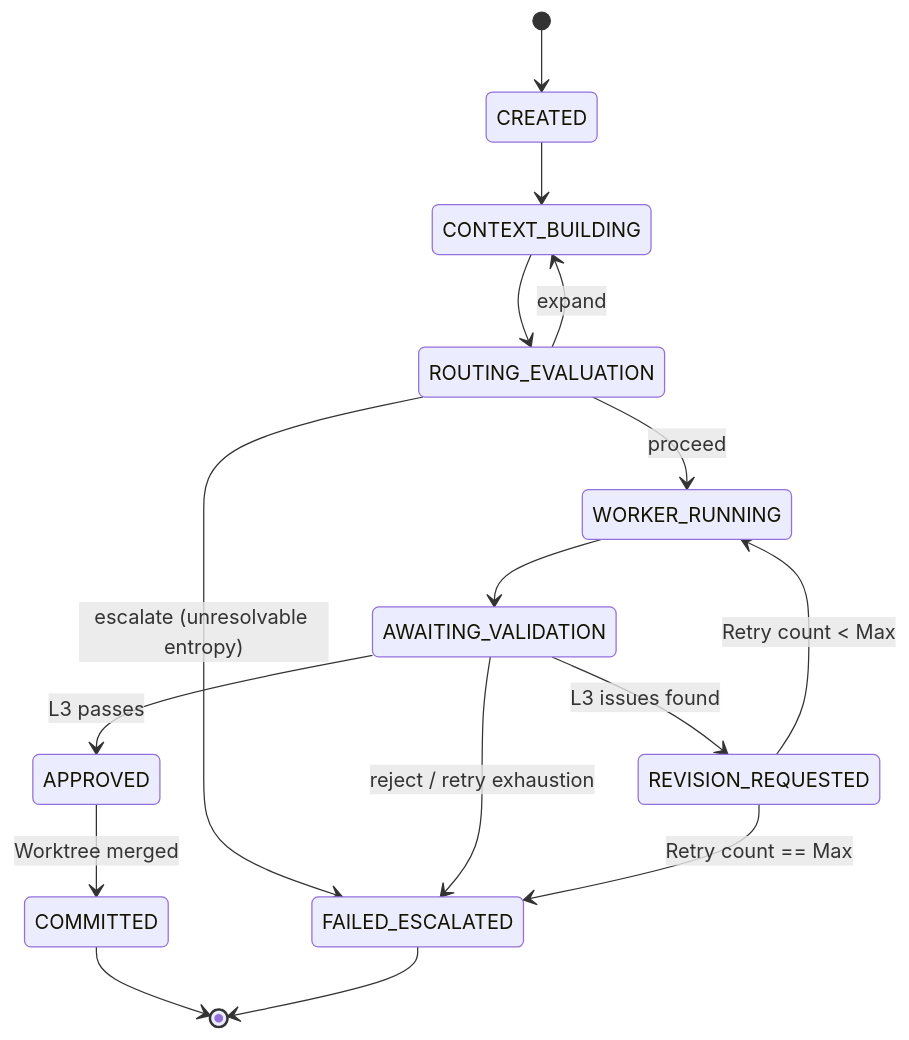
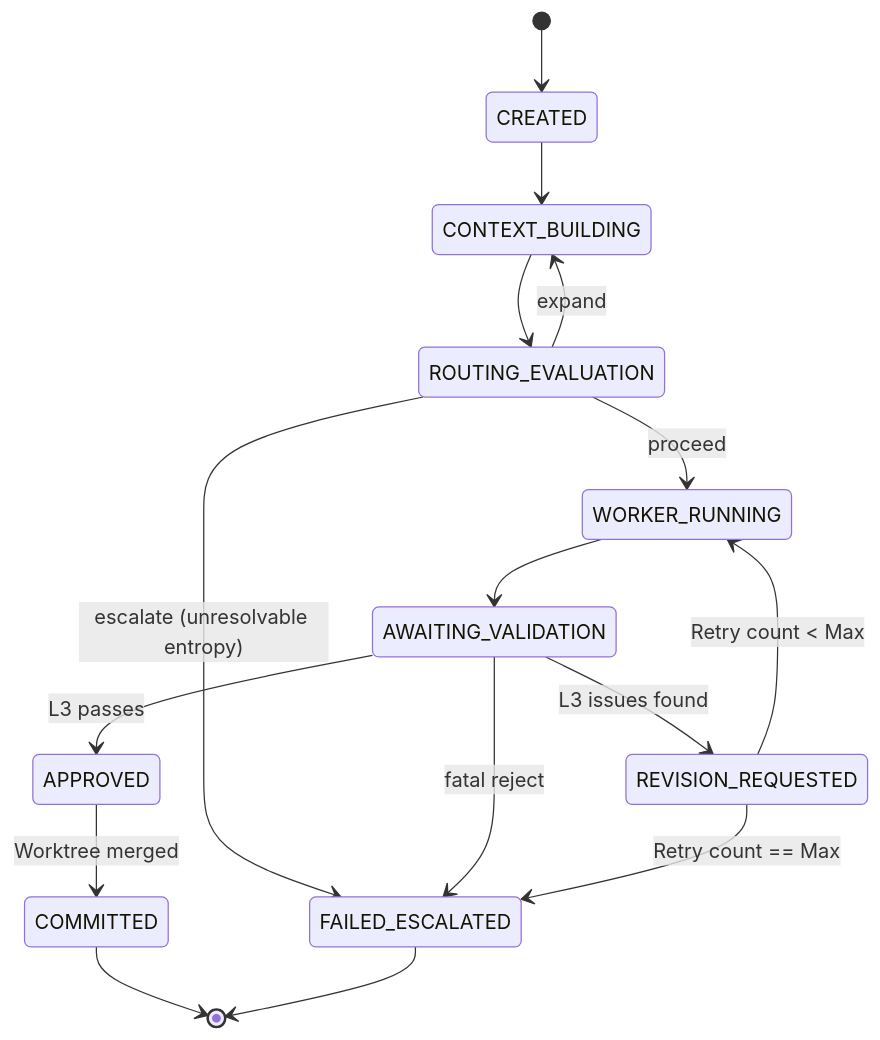
One commit to denialbb/limen changed the diagram in .agents/docs/state_machine.md. Above: the diagram before and after it, drawn with Mermaid. The commit also changed other lines of this file and 22 other files, not shown here.

First line of the commit message:
Enforce fatal validator verdicts and retry-exhaustion transitions

````diff
--- a/.agents/docs/state_machine.md
+++ b/.agents/docs/state_machine.md
@@ -9,26 +9,26 @@
 ```mermaid
 stateDiagram-v2
     [*] --> CREATED
     
     CREATED --> CONTEXT_BUILDING
     
     CONTEXT_BUILDING --> ROUTING_EVALUATION
     ROUTING_EVALUATION --> CONTEXT_BUILDING : expand
     ROUTING_EVALUATION --> FAILED_ESCALATED : escalate (unresolvable entropy)
     
     ROUTING_EVALUATION --> WORKER_RUNNING : proceed
     
     WORKER_RUNNING --> AWAITING_VALIDATION
     
     AWAITING_VALIDATION --> REVISION_REQUESTED : L3 issues found
-    AWAITING_VALIDATION --> FAILED_ESCALATED : reject / retry exhaustion
+    AWAITING_VALIDATION --> FAILED_ESCALATED : fatal reject
     REVISION_REQUESTED --> WORKER_RUNNING : Retry count < Max
     REVISION_REQUESTED --> FAILED_ESCALATED : Retry count == Max
     
     AWAITING_VALIDATION --> APPROVED : L3 passes
     
     APPROVED --> COMMITTED : Worktree merged
     COMMITTED --> [*]
     
     FAILED_ESCALATED --> [*]
 ```
````
